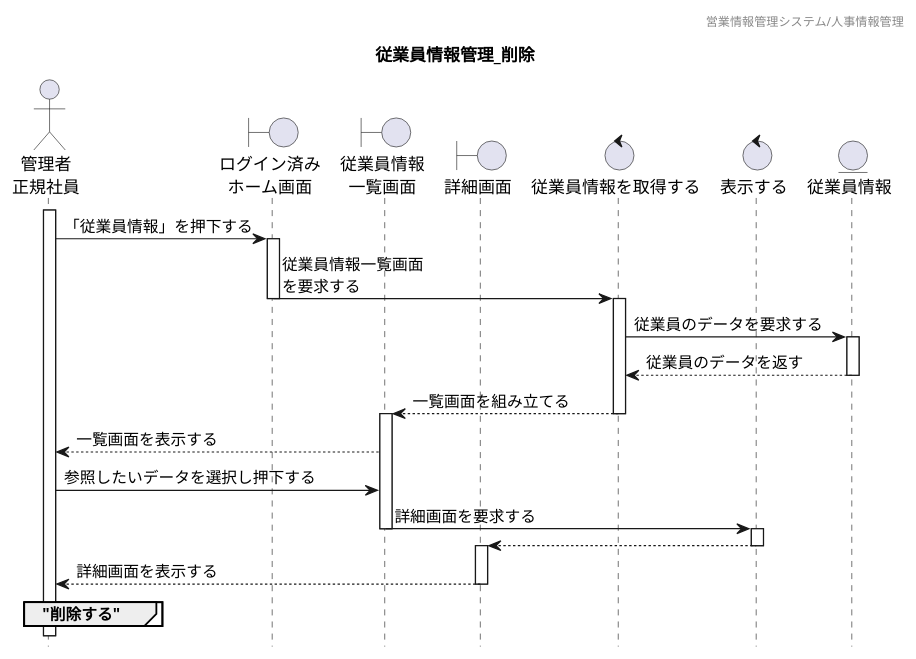
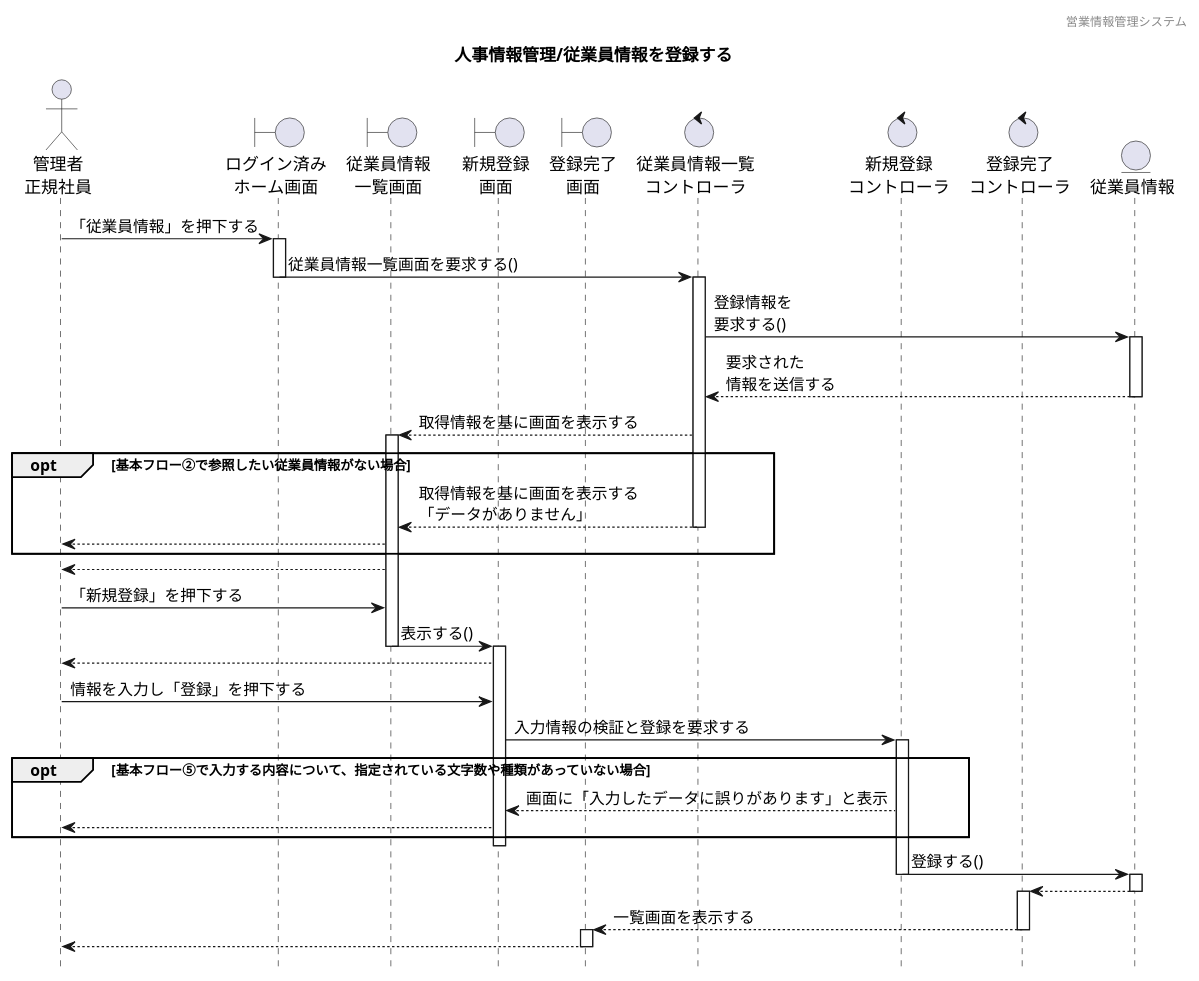
Before and after one commit to HaruShim/Sotuken: the diagram in 各種設計書/4シーケンス図/マスタ管理/1.従業員情報マスタ/未_従業員情報管理_削除.plantuml, drawn with PlantUML. The commit also changed 3 other files, not shown here.

```diff
--- a/各種設計書/4シーケンス図/マスタ管理/1.従業員情報マスタ/未_従業員情報管理_削除.plantuml
+++ b/各種設計書/4シーケンス図/マスタ管理/1.従業員情報マスタ/未_従業員情報管理_削除.plantuml
@@ -1,59 +1,77 @@
 @startuml シーケンス図
+
 ' 下アイコン除去
 hide footbox
 ' ヘッダー
-header 営業情報管理システム/人事情報管理
+header 営業情報管理システム
 ' タイトル
-title 従業員情報管理_削除
+title 人事情報管理/従業員情報を登録する
 
 
 ' アイコン
-actor "管理者\n正規社員" as Act
-boundary "ログイン済み\nホーム画面" as HomeSc
-boundary "従業員情報\n一覧画面" as StaffListSc
-boundary "詳細画面" as StaffSc
-control "従業員情報を取得する" as StaffCl
-control "表示する" as ScCl
-entity "従業員情報" as StaffDB
+actor "管理者\n正規社員" as a1
+boundary "ログイン済み\nホーム画面" as b1
+boundary "従業員情報\n一覧画面" as b2
+boundary "新規登録\n画面" as b3
+boundary "登録完了\n画面" as b4
+control "従業員情報一覧\nコントローラ" as c1
+control "新規登録\nコントローラ" as c2
+control "登録完了\nコントローラ" as c3
+entity "従業員情報" as e1
+
+
+' ログイン済みホーム画面から一覧表示までのシーケンス
+a1 -> b1 : 「従業員情報」を押下する
+activate b1
+b1 -> c1 : 従業員情報一覧画面を要求する()
+deactivate b1
+activate c1
+c1 -> e1 : 登録情報を\n要求する()
+activate e1
+c1 <-- e1 : 要求された\n情報を送信する
+deactivate e1
+b2 <-- c1 : 取得情報を基に画面を表示する
+activate b2
+
+' 代替フロー
+opt 基本フロー②で参照したい従業員情報がない場合
+b2 <-- c1 : 取得情報を基に画面を表示する\n「データがありません」
+deactivate c1
+a1 <-- b2
+end
+
+activate b2
+a1 <-- b2
+a1 -> b2 : 「新規登録」を押下する
+b2 -> b3 : 表示する()
+deactivate b2
+activate b3
+a1 <-- b3
+a1 -> b3 : 情報を入力し「登録」を押下する
+b3 -> c2 : 入力情報の検証と登録を要求する
+activate c2
+
+' 代替フロー
+opt 基本フロー⑤で入力する内容について、指定されている文字数や種類があっていない場合
+b3 <-- c2 : 画面に「入力したデータに誤りがあります」と表示
+deactivate c1
+a1 <-- b3
+end
+
+deactivate b3
+activate c2
+c2 -> e1 : 登録する()
+deactivate c2
+activate e1
+c3 <-- e1
+deactivate e1
+activate c3
+b4 <-- c3 : 一覧画面を表示する
+deactivate c3
+activate b4
+a1 <-- b4
+deactivate b4
 
 
 
-' ログイン済みホーム画面から一覧表示までのシーケンス
-activate Act
-Act -> HomeSc : 「従業員情報」を押下する
-activate HomeSc
-HomeSc -> StaffCl : 従業員情報一覧画面\nを要求する
-deactivate
-activate StaffCl
-
-StaffCl -> StaffDB : 従業員のデータを要求する
-activate StaffDB
-StaffCl <-- StaffDB : 従業員のデータを返す
-deactivate
-StaffListSc <-- StaffCl : 一覧画面を組み立てる
-deactivate
-activate StaffListSc
-Act <-- StaffListSc : 一覧画面を表示する
-
-
-' 詳細画面表示までのシーケンス
-Act -> StaffListSc : 参照したいデータを選択し押下する
-StaffListSc -> ScCl : 詳細画面を要求する
-deactivate
-activate ScCl
-StaffSc <-- ScCl
-deactivate
-activate StaffSc
-Act <-- StaffSc : 詳細画面を表示する
-deactivate
-
-
-' 従業員情報を削除するシーケンス
-group "削除する"
-
-
-
-end
-
-
 @enduml
```
